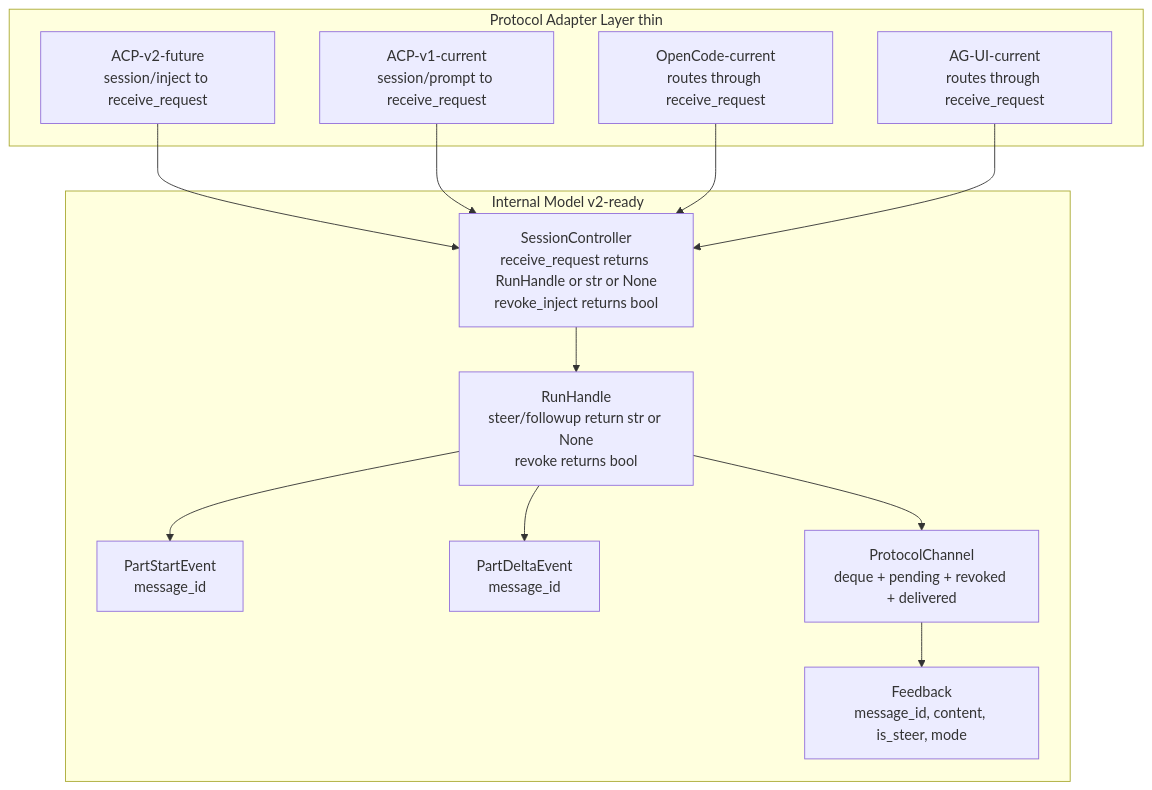
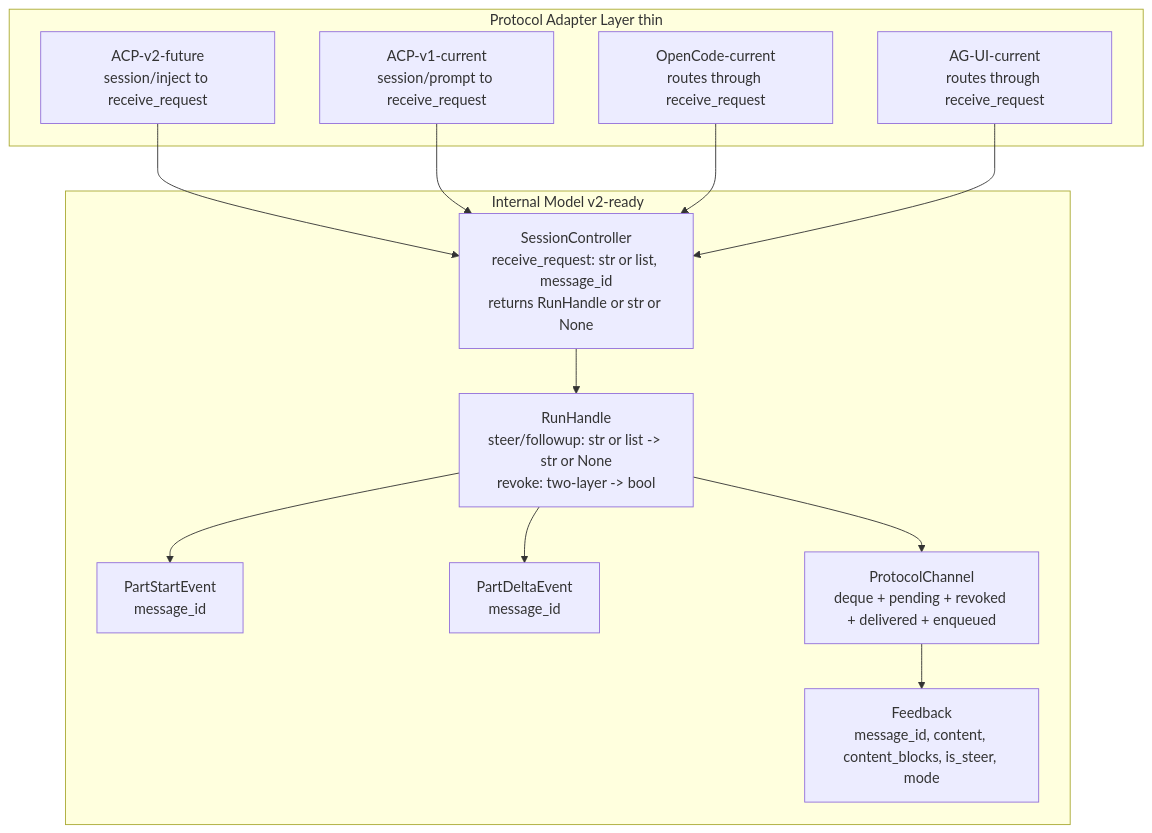
The second of 6 diagrams in docs/rfcs/draft/RFC-0054-v2-message-id-infrastructure.md (Leoyzen/agentpool), drawn with Mermaid before and after one commit. The commit also changed other lines of this file, not shown here.

First line of the commit message:
docs: update RFC-0054 with two-layer revoke and content_blocks activation

````diff
--- a/docs/rfcs/draft/RFC-0054-v2-message-id-infrastructure.md
+++ b/docs/rfcs/draft/RFC-0054-v2-message-id-infrastructure.md
@@ -417,28 +419,28 @@
 ```mermaid
 graph TB
     subgraph Internal["Internal Model v2-ready"]
-        FB["Feedback<br/>message_id, content, is_steer, mode"]
+        FB["Feedback<br/>message_id, content, content_blocks, is_steer, mode"]
         PSE["PartStartEvent<br/>message_id"]
         PDE["PartDeltaEvent<br/>message_id"]
-        PC["ProtocolChannel<br/>deque + pending + revoked + delivered"]
-        RH["RunHandle<br/>steer/followup return str or None<br/>revoke returns bool"]
-        SC["SessionController<br/>receive_request returns RunHandle or str or None<br/>revoke_inject returns bool"]
+        PC["ProtocolChannel<br/>deque + pending + revoked + delivered + enqueued"]
+        RH["RunHandle<br/>steer/followup: str or list -> str or None<br/>revoke: two-layer -> bool"]
+        SC["SessionController<br/>receive_request: str or list, message_id<br/>returns RunHandle or str or None"]
     end
 
     subgraph Adapter["Protocol Adapter Layer thin"]
         ACP2["ACP-v2-future<br/>session/inject to receive_request"]
         ACP1["ACP-v1-current<br/>session/prompt to receive_request"]
         OC["OpenCode-current<br/>routes through receive_request"]
         AGUI["AG-UI-current<br/>routes through receive_request"]
     end
 
     ACP2 --> SC
     ACP1 --> SC
     OC --> SC
     AGUI --> SC
     SC --> RH
     RH --> PC
     PC --> FB
     RH --> PSE
     RH --> PDE
 ```
````
